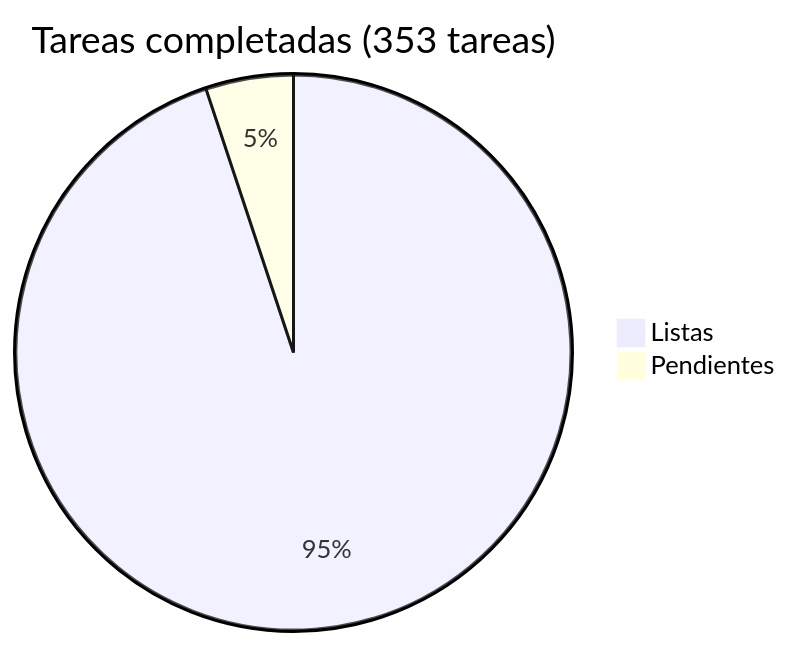
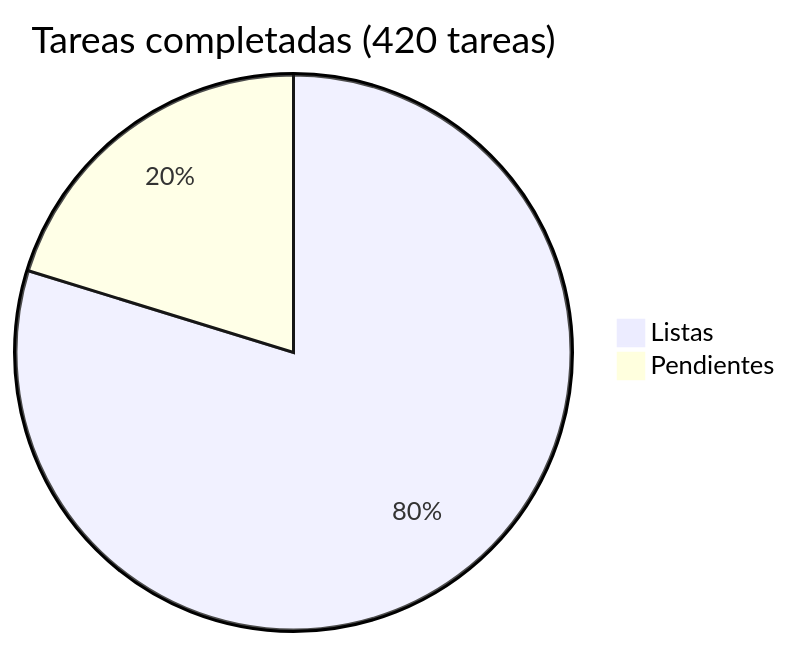
One commit to araguaney-lat/araguaney changed the diagram in docs/roadmap/README.md. Above: the diagram before and after it, drawn with Mermaid. The commit also changed other lines of this file and 11 other files, not shown here.

First line of the commit message:
docs(roadmap): fases 18 a 22, donaciones del donante, riesgos, logistica y trazabilidad (#186)

````diff
--- a/docs/roadmap/README.md
+++ b/docs/roadmap/README.md
@@ -5,5 +5,5 @@
 ```mermaid
-pie title Tareas completadas (353 tareas)
+pie title Tareas completadas (420 tareas)
     "Listas" : 335
-    "Pendientes" : 18
+    "Pendientes" : 85
 ```
````
